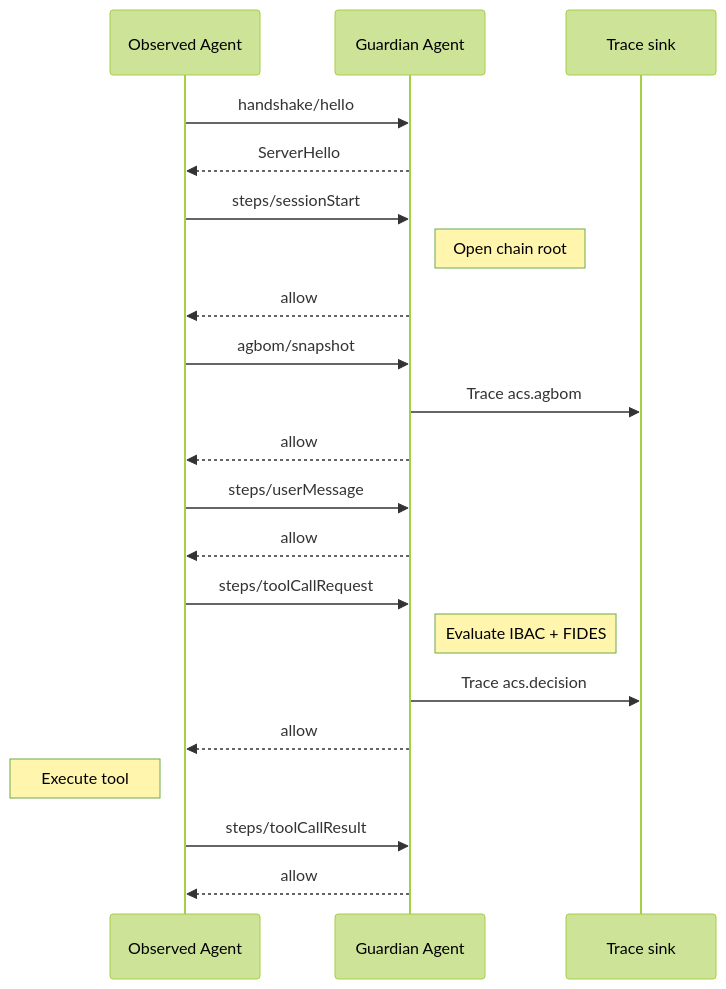
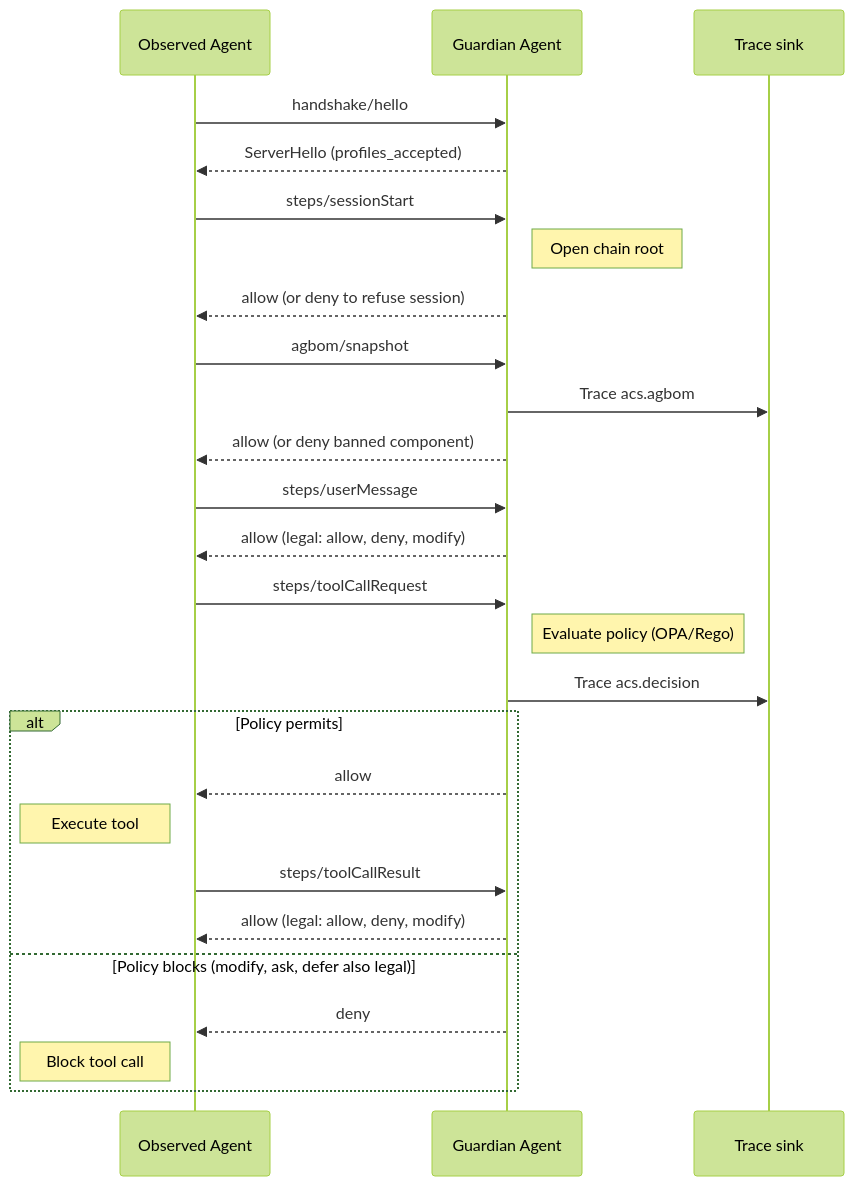
The diagram in docs/topics/ACS_in_action_example.md (GenAI-Security-Project/agent-control-standard), drawn with Mermaid (forest theme) before and after one commit. The commit also changed other lines of this file and 9 other files, not shown here.

````diff
--- a/docs/topics/ACS_in_action_example.md
+++ b/docs/topics/ACS_in_action_example.md
@@ -9,24 +9,29 @@
 ```mermaid
 sequenceDiagram
     participant O as Observed Agent
     participant G as Guardian Agent
     participant T as Trace sink
 
     O->>G: handshake/hello
-    G-->>O: ServerHello
+    G-->>O: ServerHello (profiles_accepted)
     O->>G: steps/sessionStart
     Note right of G: Open chain root
-    G-->>O: allow
+    G-->>O: allow (or deny to refuse session)
     O->>G: agbom/snapshot
     G->>T: Trace acs.agbom
-    G-->>O: allow
+    G-->>O: allow (or deny banned component)
     O->>G: steps/userMessage
-    G-->>O: allow
+    G-->>O: allow (legal: allow, deny, modify)
     O->>G: steps/toolCallRequest
-    Note right of G: Evaluate IBAC + FIDES
+    Note right of G: Evaluate policy (OPA/Rego)
     G->>T: Trace acs.decision
-    G-->>O: allow
-    Note left of O: Execute tool
-    O->>G: steps/toolCallResult
-    G-->>O: allow
+    alt Policy permits
+        G-->>O: allow
+        Note left of O: Execute tool
+        O->>G: steps/toolCallResult
+        G-->>O: allow (legal: allow, deny, modify)
+    else Policy blocks (modify, ask, defer also legal)
+        G-->>O: deny
+        Note left of O: Block tool call
+    end
 ```
````
